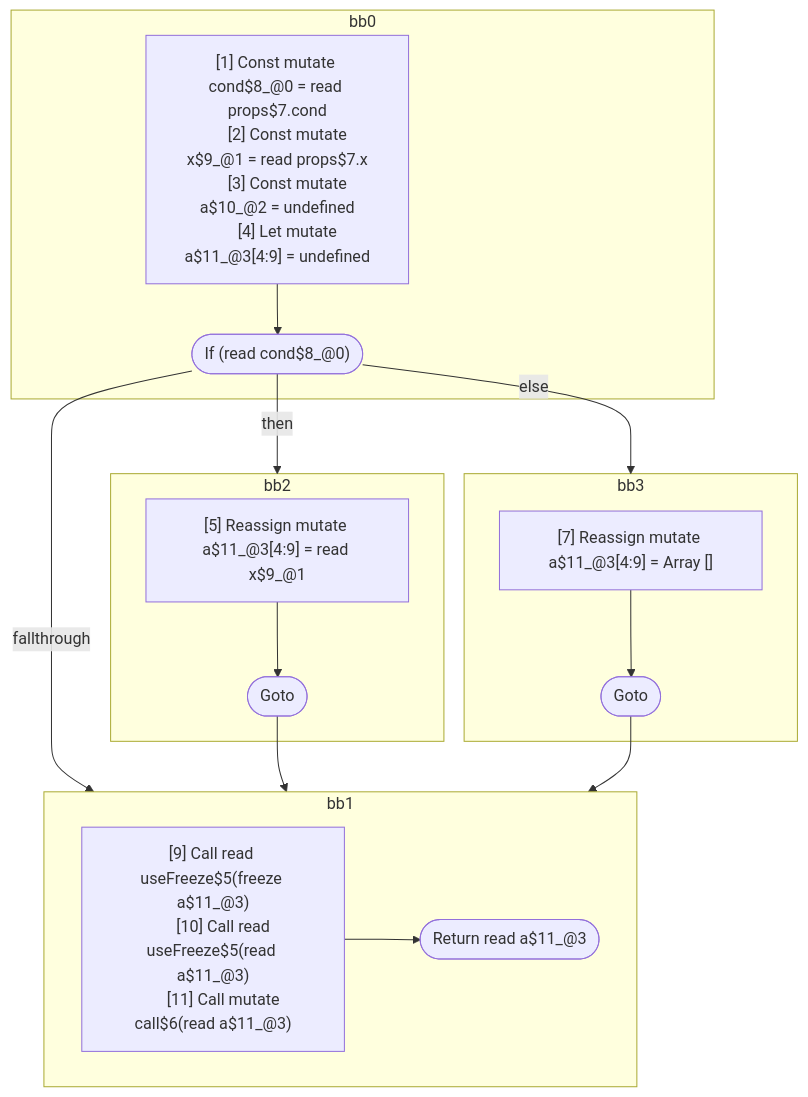
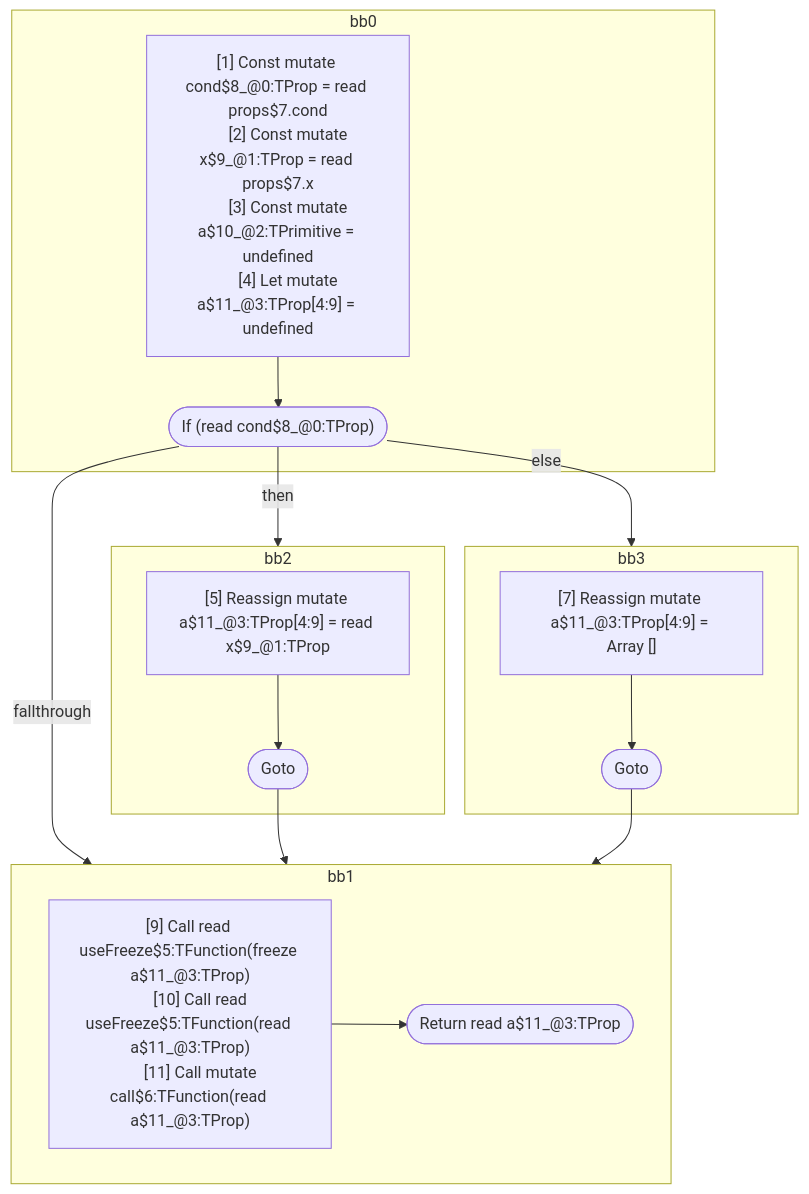
Before and after one commit to wutsmog/private: the first of 3 diagrams in compiler/forget/src/__tests__/fixtures/hir/hooks-freeze-possibly-mutable-arguments.expect.md, drawn with Mermaid. The commit also changed other lines of this file and 112 other files, not shown here.

````diff
--- a/compiler/forget/src/__tests__/fixtures/hir/hooks-freeze-possibly-mutable-arguments.expect.md
+++ b/compiler/forget/src/__tests__/fixtures/hir/hooks-freeze-possibly-mutable-arguments.expect.md
@@ -84,41 +84,41 @@
 ```mermaid
 flowchart TB
   %% Basic Blocks
   subgraph bb0
     bb0_instrs["
-      [1] Const mutate cond$8_@0 = read props$7.cond
-      [2] Const mutate x$9_@1 = read props$7.x
-      [3] Const mutate a$10_@2 = undefined
-      [4] Let mutate a$11_@3[4:9] = undefined
+      [1] Const mutate cond$8_@0:TProp = read props$7.cond
+      [2] Const mutate x$9_@1:TProp = read props$7.x
+      [3] Const mutate a$10_@2:TPrimitive = undefined
+      [4] Let mutate a$11_@3:TProp[4:9] = undefined
     "]
-    bb0_instrs --> bb0_terminal(["If (read cond$8_@0)"])
+    bb0_instrs --> bb0_terminal(["If (read cond$8_@0:TProp)"])
   end
   subgraph bb2
     bb2_instrs["
-      [5] Reassign mutate a$11_@3[4:9] = read x$9_@1
+      [5] Reassign mutate a$11_@3:TProp[4:9] = read x$9_@1:TProp
     "]
     bb2_instrs --> bb2_terminal(["Goto"])
   end
   subgraph bb3
     bb3_instrs["
-      [7] Reassign mutate a$11_@3[4:9] = Array []
+      [7] Reassign mutate a$11_@3:TProp[4:9] = Array []
     "]
     bb3_instrs --> bb3_terminal(["Goto"])
   end
   subgraph bb1
     bb1_instrs["
-      [9] Call read useFreeze$5(freeze a$11_@3)
-      [10] Call read useFreeze$5(read a$11_@3)
-      [11] Call mutate call$6(read a$11_@3)
+      [9] Call read useFreeze$5:TFunction(freeze a$11_@3:TProp)
+      [10] Call read useFreeze$5:TFunction(read a$11_@3:TProp)
+      [11] Call mutate call$6:TFunction(read a$11_@3:TProp)
     "]
-    bb1_instrs --> bb1_terminal(["Return read a$11_@3"])
+    bb1_instrs --> bb1_terminal(["Return read a$11_@3:TProp"])
   end
 
   %% Jumps
   bb0_terminal -- "then" --> bb2
   bb0_terminal -- "else" --> bb3
   bb0_terminal -- "fallthrough" --> bb1
   bb2_terminal --> bb1
   bb3_terminal --> bb1
 
 ```
````
